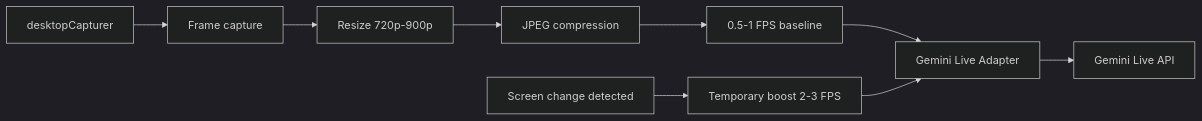
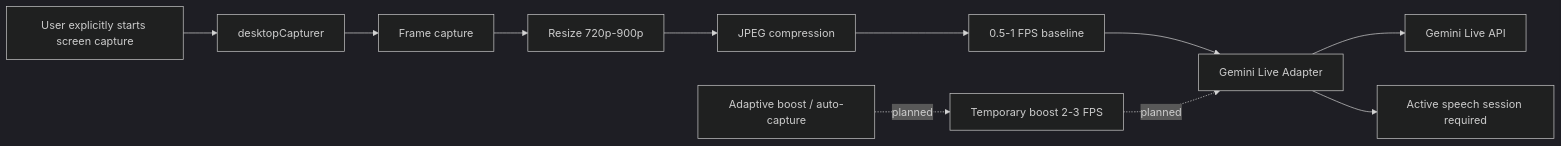
One commit to rafaself/Livepair changed the diagram in docs/diagrams/vision-flow.md. Above: the diagram before and after it, drawn with Mermaid (dark theme). The commit also changed other lines of this file and 5 other files, not shown here.

Commit message:
docs(docs): align architecture diagrams with current state

````diff
--- a/docs/diagrams/vision-flow.md
+++ b/docs/diagrams/vision-flow.md
@@ -3,12 +3,14 @@
 ```mermaid
 flowchart LR
-    DC[desktopCapturer] --> FC[Frame capture]
+    USER[User explicitly starts screen capture] --> DC[desktopCapturer]
+    DC --> FC[Frame capture]
     FC --> RSZ[Resize 720p-900p]
     RSZ --> JPG[JPEG compression]
     JPG --> FPS[0.5-1 FPS baseline]
     FPS --> LIVE[Gemini Live Adapter]
     LIVE --> API[Gemini Live API]
 
-    CHG[Screen change detected] --> BOOST[Temporary boost 2-3 FPS]
-    BOOST --> LIVE
+    LIVE --> NOTE[Active speech session required]
+    CHG[Adaptive boost / auto-capture] -. planned .-> BOOST[Temporary boost 2-3 FPS]
+    BOOST -. planned .-> LIVE
 ```
````
